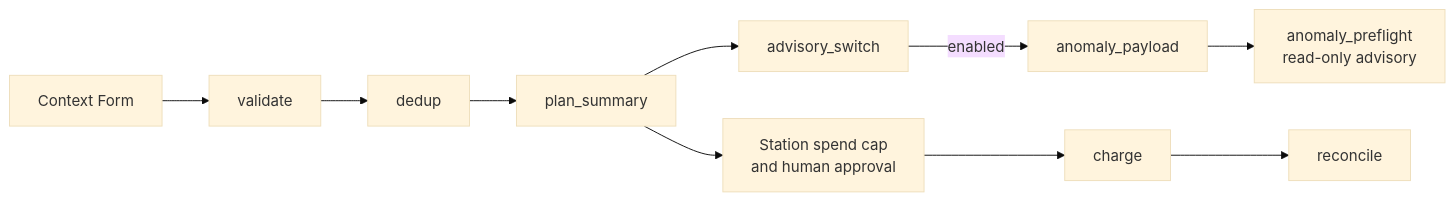
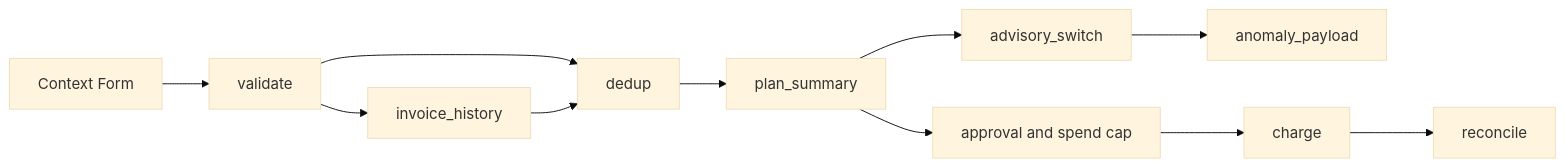
Before and after one commit to davelab10/railcall-retainer-billing-run: the diagram in README.md, drawn with Mermaid (base theme). The commit also changed other lines of this file and 3 other files, not shown here.

````diff
--- a/README.md
+++ b/README.md
@@ -11,13 +13,13 @@
 ```mermaid
 flowchart LR
     C[Context Form] --> V[validate]
+    V --> H[invoice_history]
     V --> D[dedup]
+    H --> D
     D --> P[plan_summary]
     P --> S[advisory_switch]
-    S -->|enabled| AP[anomaly_payload]
-    AP --> AI[anomaly_preflight<br/>read-only advisory]
-    P --> G[Station spend cap<br/>and human approval]
+    S --> A[anomaly_payload]
+    P --> G[approval and spend cap]
     G --> CH[charge]
     CH --> R[reconcile]
-
 ```
````
